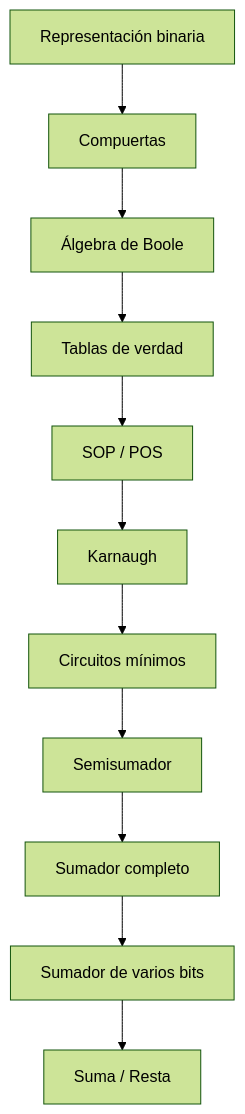
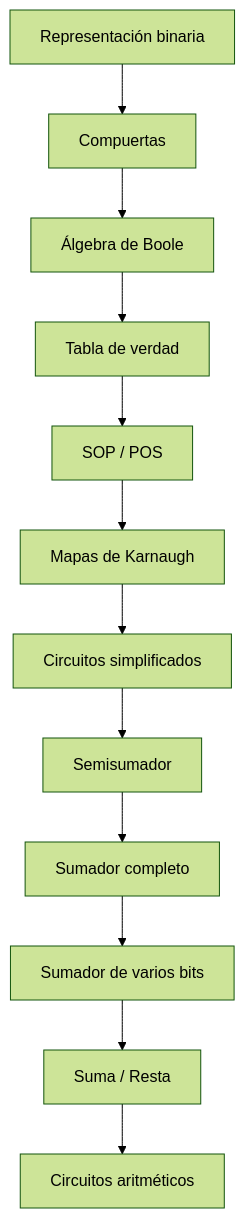
One commit to roblezsdier02-alt/cuaderno-sintesis-unidad1 changed the sixth of 6 diagrams in semana-4/README.md. Above: the diagram before and after it, drawn with Mermaid (forest theme). The commit also changed other lines of this file, not shown here.

````diff
--- a/semana-4/README.md
+++ b/semana-4/README.md
@@ -834,15 +1080,27 @@
 ```mermaid
 flowchart TD
 
     A["Representación binaria"]
+
     A --> B["Compuertas"]
+
     B --> C["Álgebra de Boole"]
-    C --> D["Tablas de verdad"]
+
+    C --> D["Tabla de verdad"]
+
     D --> E["SOP / POS"]
-    E --> F["Karnaugh"]
-    F --> G["Circuitos mínimos"]
+
+    E --> F["Mapas de Karnaugh"]
+
+    F --> G["Circuitos simplificados"]
+
     G --> H["Semisumador"]
+
     H --> I["Sumador completo"]
+
     I --> J["Sumador de varios bits"]
+
     J --> K["Suma / Resta"]
+
+    K --> L["Circuitos aritméticos"]
 ```
````
